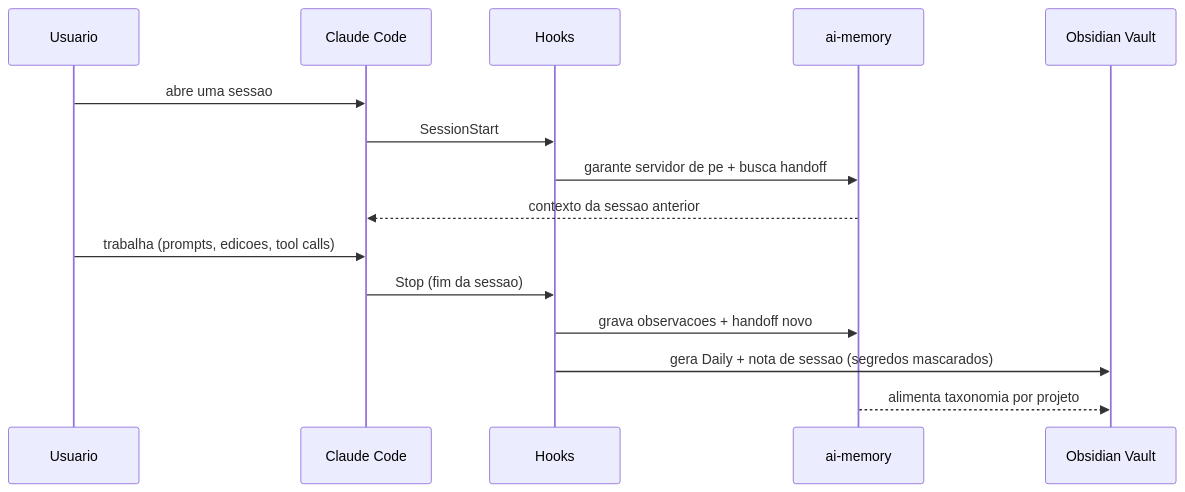
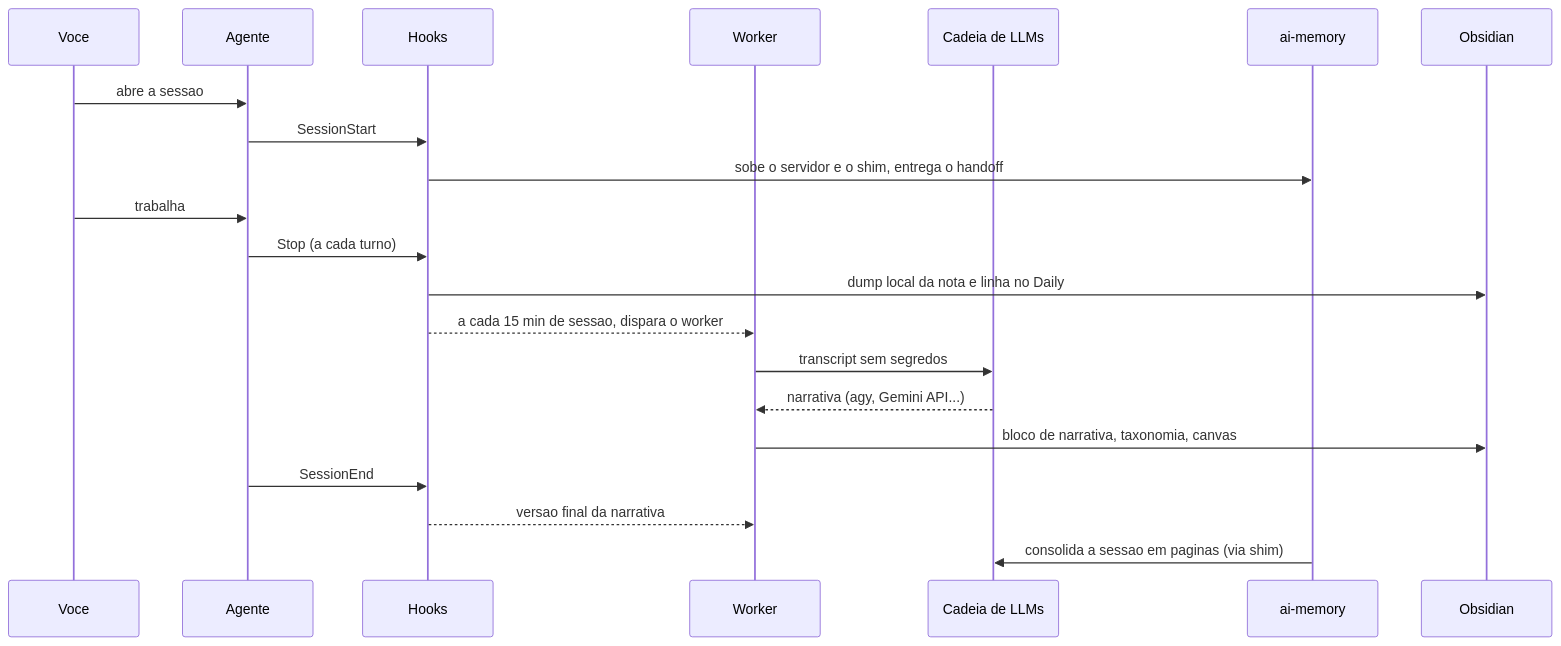
One commit to murilolol/muri-saver changed the diagram in README.md. Above: the diagram before and after it, drawn with Mermaid. The commit also changed other lines of this file and 69 other files, not shown here.

First line of the commit message:
muri-saver 3.1: nota viva, cadeia de LLMs e jobs multiplataforma

````diff
--- a/README.md
+++ b/README.md
@@ -246,18 +134,24 @@
 ```mermaid
 sequenceDiagram
-    participant U as Usuario
-    participant CC as Claude Code
+    participant U as Voce
+    participant A as Agente
     participant H as Hooks
-    participant AM as ai-memory
-    participant V as Obsidian Vault
+    participant W as Worker
+    participant L as Cadeia de LLMs
+    participant M as ai-memory
+    participant V as Obsidian
 
-    U->>CC: abre uma sessao
-    CC->>H: SessionStart
-    H->>AM: garante servidor de pe + busca handoff
-    AM-->>CC: contexto da sessao anterior
-    U->>CC: trabalha (prompts, edicoes, tool calls)
-    CC->>H: Stop (fim da sessao)
-    H->>AM: grava observacoes + handoff novo
-    H->>V: gera Daily + nota de sessao (segredos mascarados)
-    AM-->>V: alimenta taxonomia por projeto
+    U->>A: abre a sessao
+    A->>H: SessionStart
+    H->>M: sobe o servidor e o shim, entrega o handoff
+    U->>A: trabalha
+    A->>H: Stop (a cada turno)
+    H->>V: dump local da nota e linha no Daily
+    H-->>W: a cada 15 min de sessao, dispara o worker
+    W->>L: transcript sem segredos
+    L-->>W: narrativa (agy, Gemini API...)
+    W->>V: bloco de narrativa, taxonomia, canvas
+    A->>H: SessionEnd
+    H-->>W: versao final da narrativa
+    M->>L: consolida a sessao em paginas (via shim)
 ```
````
